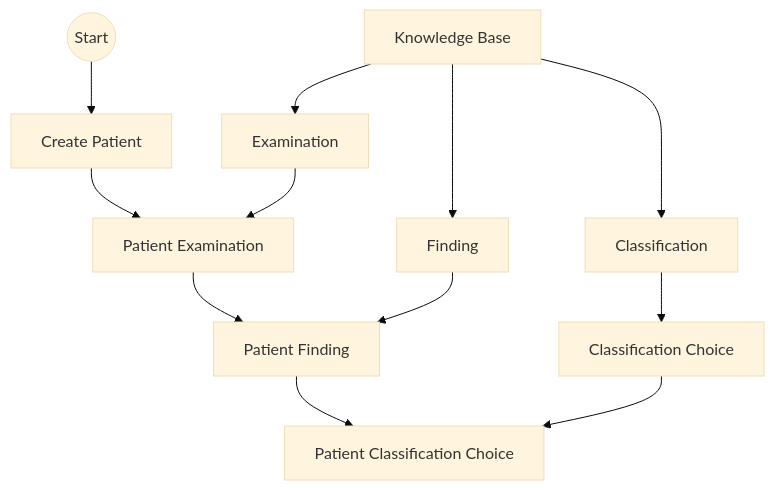
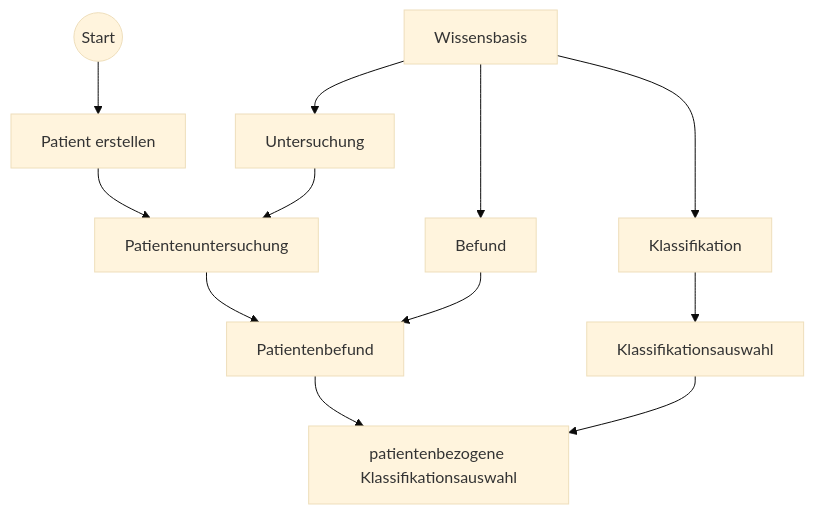
Before and after one commit to wg-lux/lx-data-models: the diagram in docs/diagrams/flow_structure.mmd, drawn with Mermaid (base theme). The commit also changed 9 other files, not shown here.

Commit message:
Some changes to diagrams, working towards publication

```diff
--- a/docs/diagrams/flow_structure.mmd
+++ b/docs/diagrams/flow_structure.mmd
@@ -1,30 +1,30 @@
 flowchart TD
 
     %% Left side: patient workflow
     Start((Start))
-    CP[Create Patient]
-    PE[Patient Examination]
-    PF[Patient Finding]
-    PCC[Patient Classification Choice]
+    CP[Patient erstellen]
+    PE[Patientenuntersuchung]
+    PF[Patientenbefund]
+    PCC[patientenbezogene Klassifikationsauswahl]
 
     Start --> CP
     CP --> PE
     PE --> PF
     PF --> PCC
 
     %% Right side: medical knowledge
-    KB[Knowledge Base]
-    EX[Examination]
-    FI[Finding]
-    CL[Classification]
-    CC[Classification Choice]
+    KB[Wissensbasis]
+    EX[Untersuchung]
+    FI[Befund]
+    CL[Klassifikation]
+    CC[Klassifikationsauswahl]
 
     KB --> EX
     KB --> FI
     KB --> CL
     CL --> CC
 
     %% Cross-links between knowledge and patient data
     EX --> PE
     FI --> PF
     CC --> PCC
```
